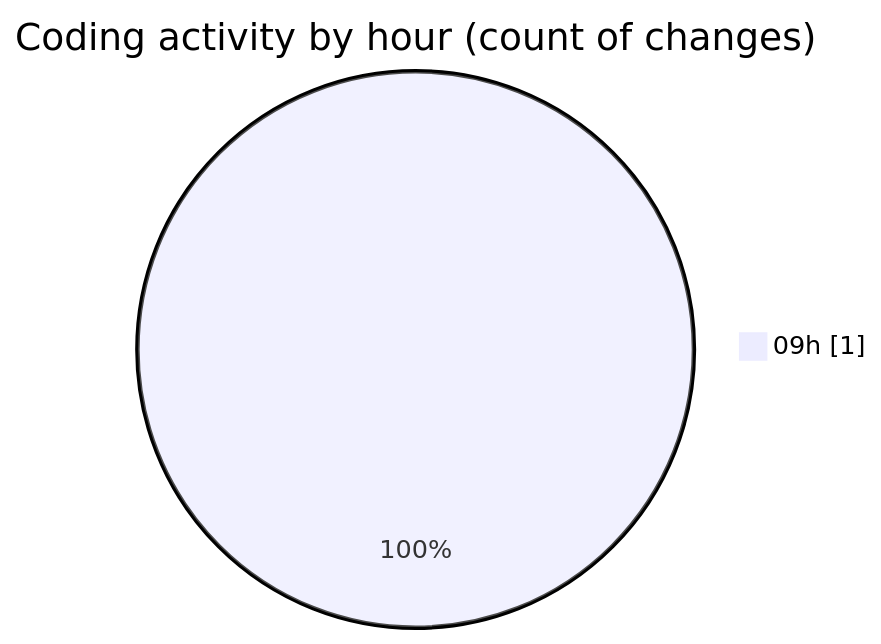
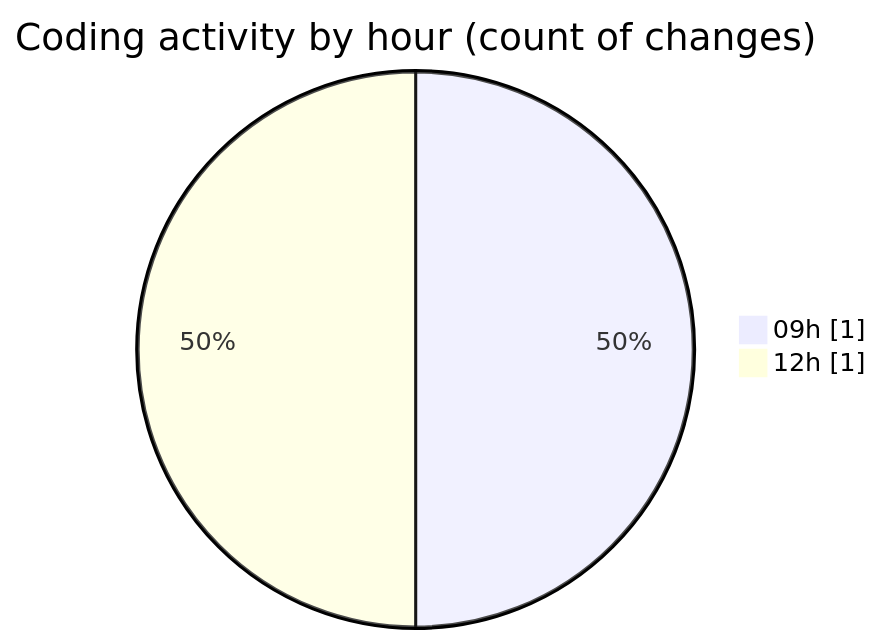
Before and after one commit to IJAZ3593/code-tracking: the second of 2 diagrams in 2025-09-06/koooo/README.md, drawn with Mermaid. The commit also changed other lines of this file and 1 other file, not shown here.

````diff
--- a/2025-09-06/koooo/README.md
+++ b/2025-09-06/koooo/README.md
@@ -28,5 +30,6 @@
 ```mermaid
 pie showData
 title Coding activity by hour (count of changes)
 "09h" : 1
+"12h" : 1
 ```
````
